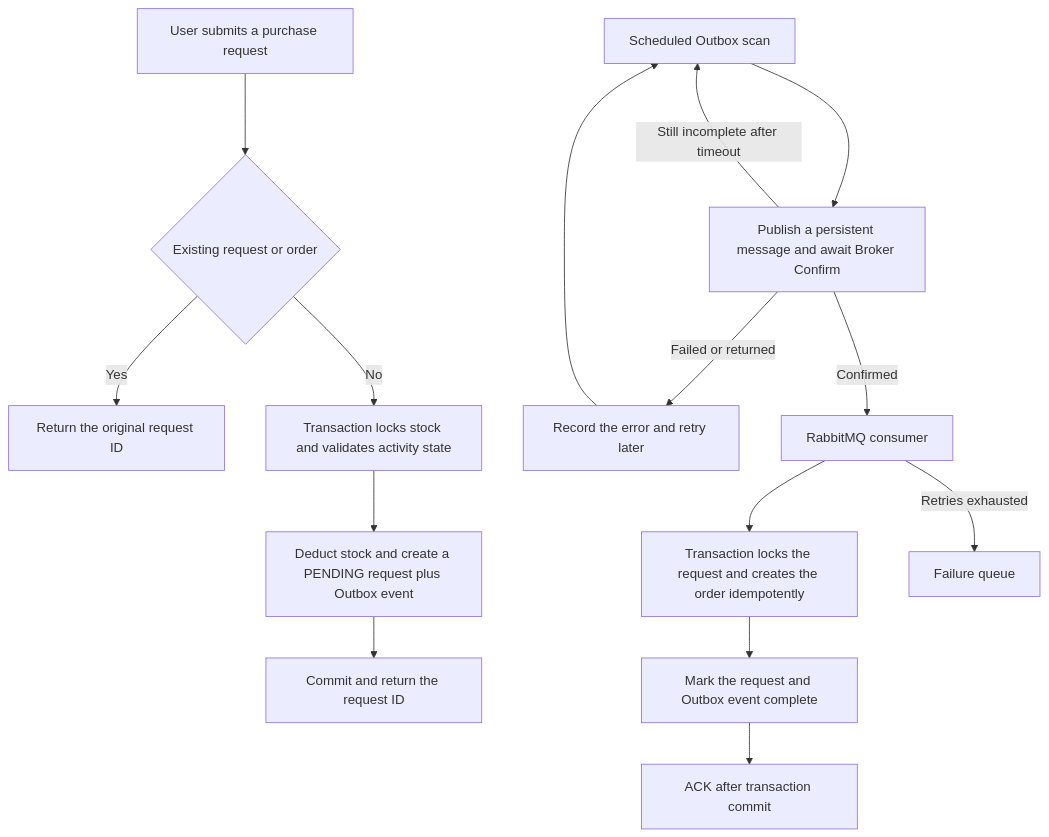
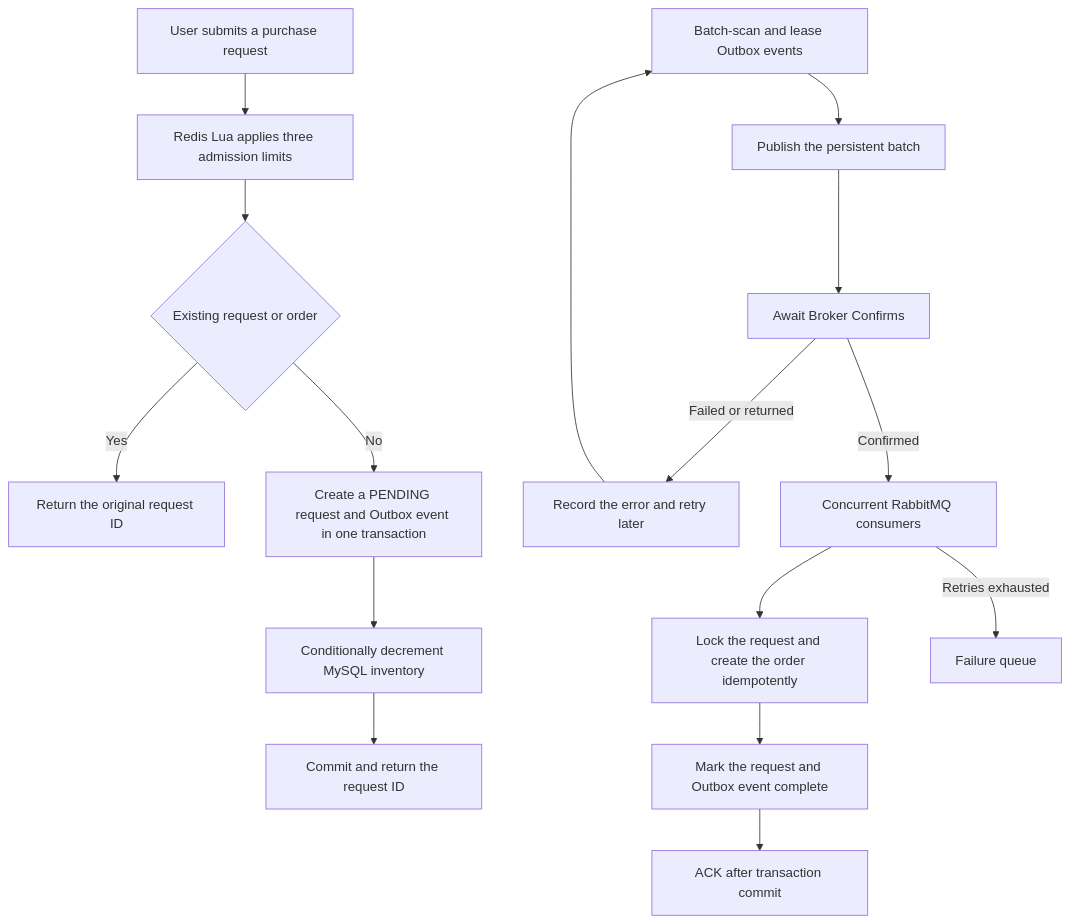
The diagram in README.en.md (ctmd1234567/event-trading-platform), drawn with Mermaid before and after one commit. The commit also changed other lines of this file and 17 other files, not shown here.

````diff
--- a/README.en.md
+++ b/README.en.md
@@ -30,18 +28,19 @@
 ```mermaid
 flowchart TD
-  A[User submits a purchase request] --> B{Existing request or order}
-  B -- Yes --> C[Return the original request ID]
-  B -- No --> D[Transaction locks stock and validates activity state]
-  D --> E[Deduct stock and create a PENDING request plus Outbox event]
-  E --> F[Commit and return the request ID]
+  A[User submits a purchase request] --> B[Redis Lua applies three admission limits]
+  B --> C{Existing request or order}
+  C -- Yes --> D[Return the original request ID]
+  C -- No --> E[Create a PENDING request and Outbox event in one transaction]
+  E --> F[Conditionally decrement MySQL inventory]
+  F --> G[Commit and return the request ID]
 
-  G[Scheduled Outbox scan] --> H[Publish a persistent message and await Broker Confirm]
-  H -- Failed or returned --> I[Record the error and retry later]
-  I --> G
-  H -- Confirmed --> J[RabbitMQ consumer]
-  J --> K[Transaction locks the request and creates the order idempotently]
-  K --> L[Mark the request and Outbox event complete]
-  L --> M[ACK after transaction commit]
-  J -- Retries exhausted --> N[Failure queue]
-  H -- Still incomplete after timeout --> G
+  H[Batch-scan and lease Outbox events] --> I[Publish the persistent batch]
+  I --> J[Await Broker Confirms]
+  J -- Failed or returned --> K[Record the error and retry later]
+  K --> H
+  J -- Confirmed --> L[Concurrent RabbitMQ consumers]
+  L --> M[Lock the request and create the order idempotently]
+  M --> N[Mark the request and Outbox event complete]
+  N --> O[ACK after transaction commit]
+  L -- Retries exhausted --> P[Failure queue]
 ```
````
